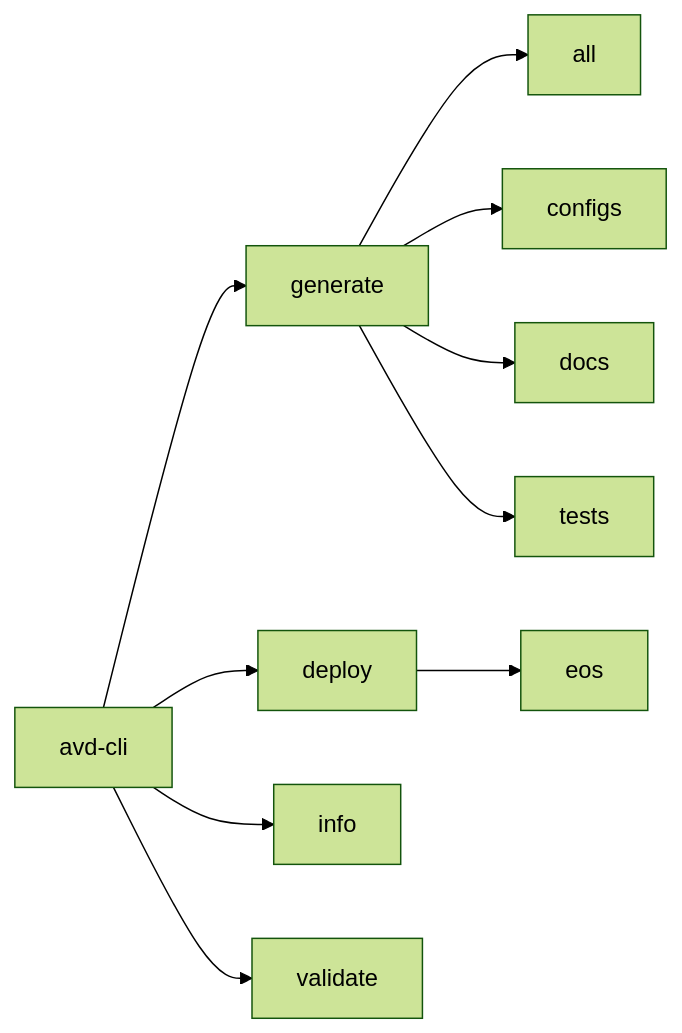
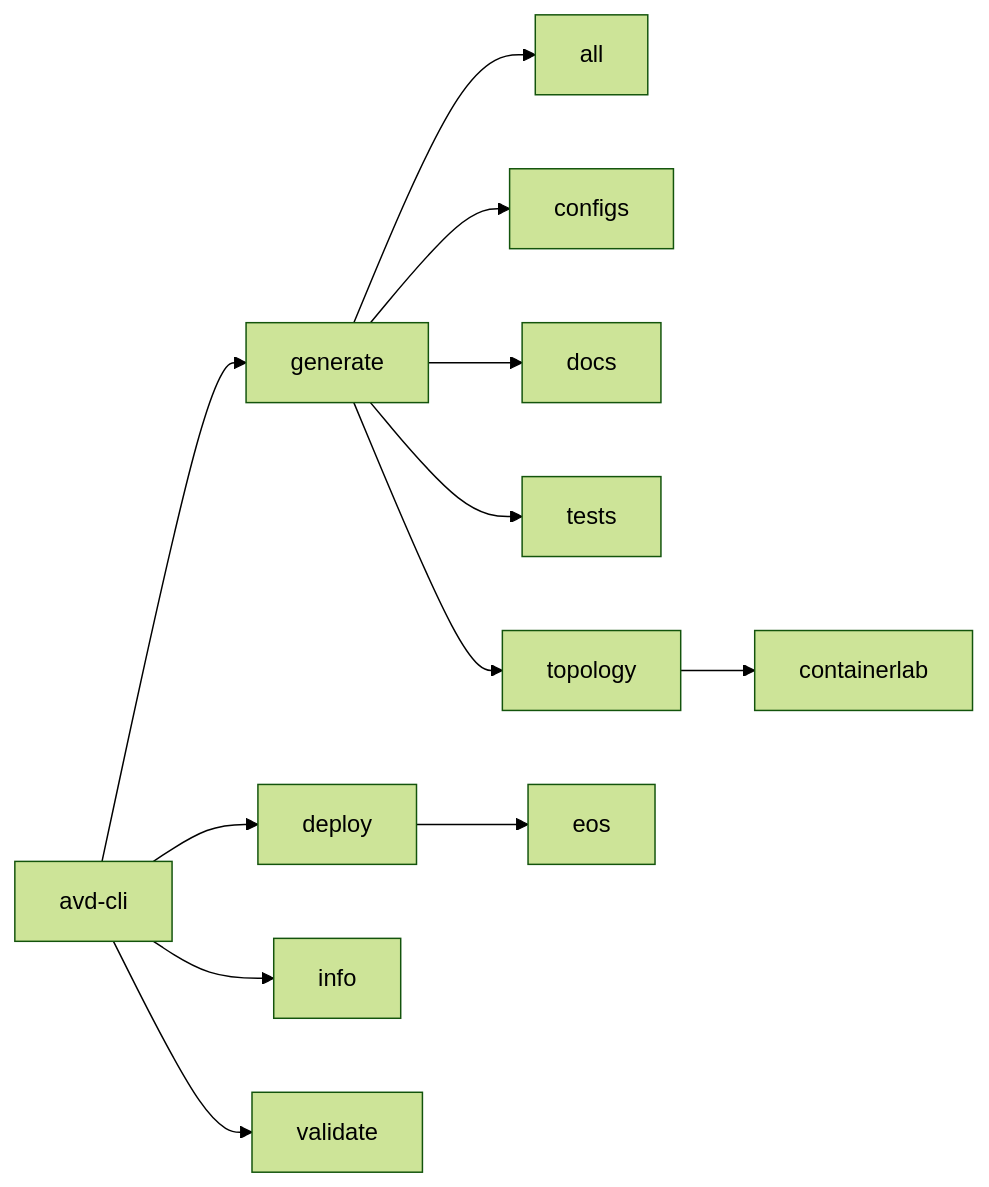
Before and after one commit to titom73/avd-cli: the diagram in docs/user-guide/commands/overview.md, drawn with Mermaid (forest theme). The commit also changed 18 other files, not shown here.

First line of the commit message:
feat(cli,logics): Implement containerlab topology CLI (#41)

````diff
--- a/docs/user-guide/commands/overview.md
+++ b/docs/user-guide/commands/overview.md
@@ -20,12 +20,14 @@
 ```mermaid
 graph LR
     A[avd-cli] --> B[generate]
     A --> C[deploy]
     A --> D[info]
     A --> E[validate]
     B --> F[all]
     B --> G[configs]
     B --> H[docs]
     B --> I[tests]
+    B --> K[topology]
+    K --> L[containerlab]
     C --> J[eos]
 ```
````
